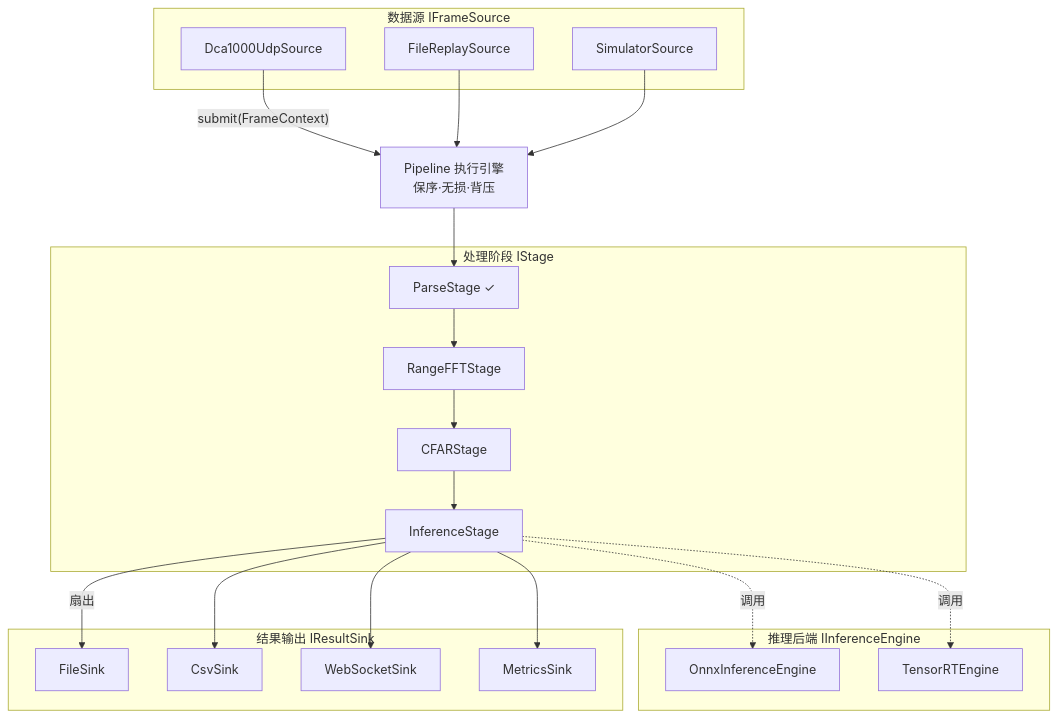
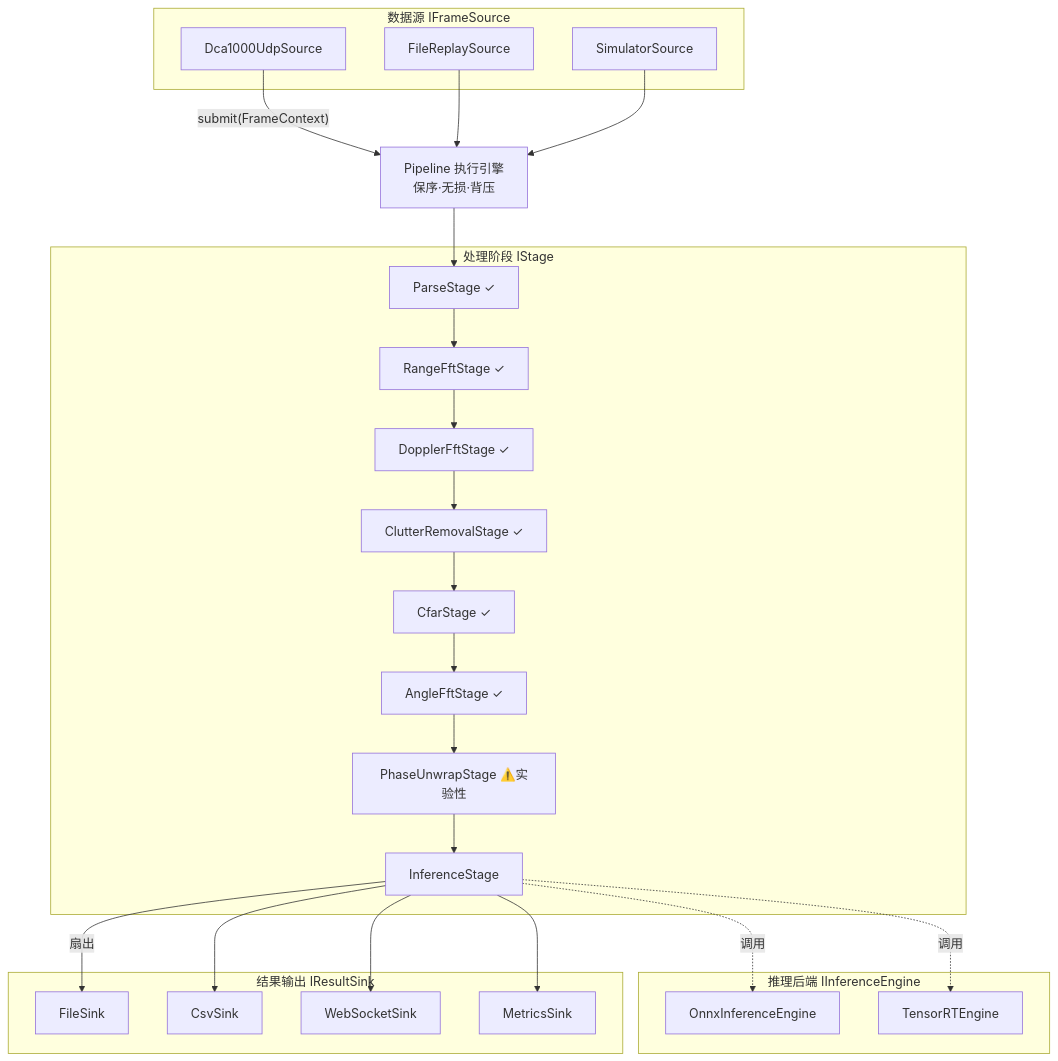
One commit to Lukad77/awr1843-radar-toolkit changed the fourth of 4 diagrams in README.md. Above: the diagram before and after it, drawn with Mermaid. The commit also changed other lines of this file and 106 other files, not shown here.

````diff
--- a/README.md
+++ b/README.md
@@ -341,39 +435,47 @@
 ```mermaid
 graph TB
     subgraph SOURCES["数据源 IFrameSource"]
         S1["Dca1000UdpSource"]
         S2["FileReplaySource"]
         S3["SimulatorSource"]
     end
     PIPE["Pipeline 执行引擎<br/>保序·无损·背压"]
     subgraph STAGES["处理阶段 IStage"]
         ST1["ParseStage ✓"]
-        ST2["RangeFFTStage"]
-        ST3["CFARStage"]
+        ST2["RangeFftStage ✓"]
+        ST2b["DopplerFftStage ✓"]
+        ST2c["ClutterRemovalStage ✓"]
+        ST3["CfarStage ✓"]
+        ST3b["AngleFftStage ✓"]
+        ST3c["PhaseUnwrapStage ⚠️实验性"]
         ST4["InferenceStage"]
     end
     subgraph ENGINE["推理后端 IInferenceEngine"]
         E1["OnnxInferenceEngine"]
         E2["TensorRTEngine"]
     end
     subgraph SINKS["结果输出 IResultSink"]
         K1["FileSink"]
         K2["CsvSink"]
         K3["WebSocketSink"]
         K4["MetricsSink"]
     end
 
     S1 -->|"submit(FrameContext)"| PIPE
     S2 --> PIPE
     S3 --> PIPE
     PIPE --> ST1
     ST1 --> ST2
-    ST2 --> ST3
-    ST3 --> ST4
+    ST2 --> ST2b
+    ST2b --> ST2c
+    ST2c --> ST3
+    ST3 --> ST3b
+    ST3b --> ST3c
+    ST3c --> ST4
     ST4 -.调用.-> E1
     ST4 -.调用.-> E2
     ST4 -->|"扇出"| K1
     ST4 --> K2
     ST4 --> K3
     ST4 --> K4
 ```
````
